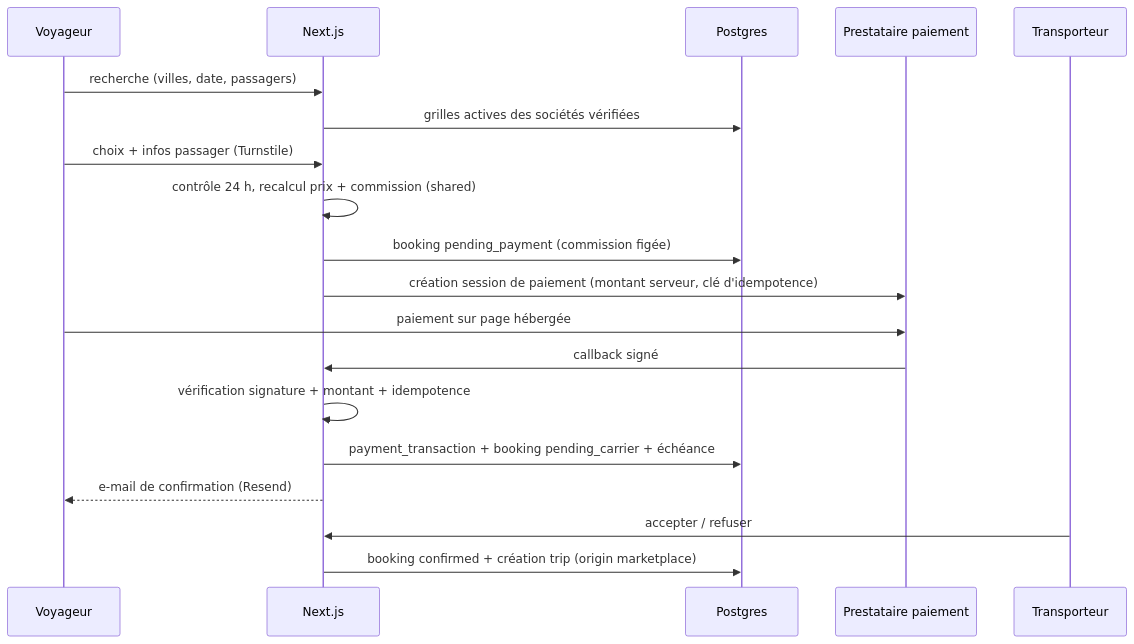
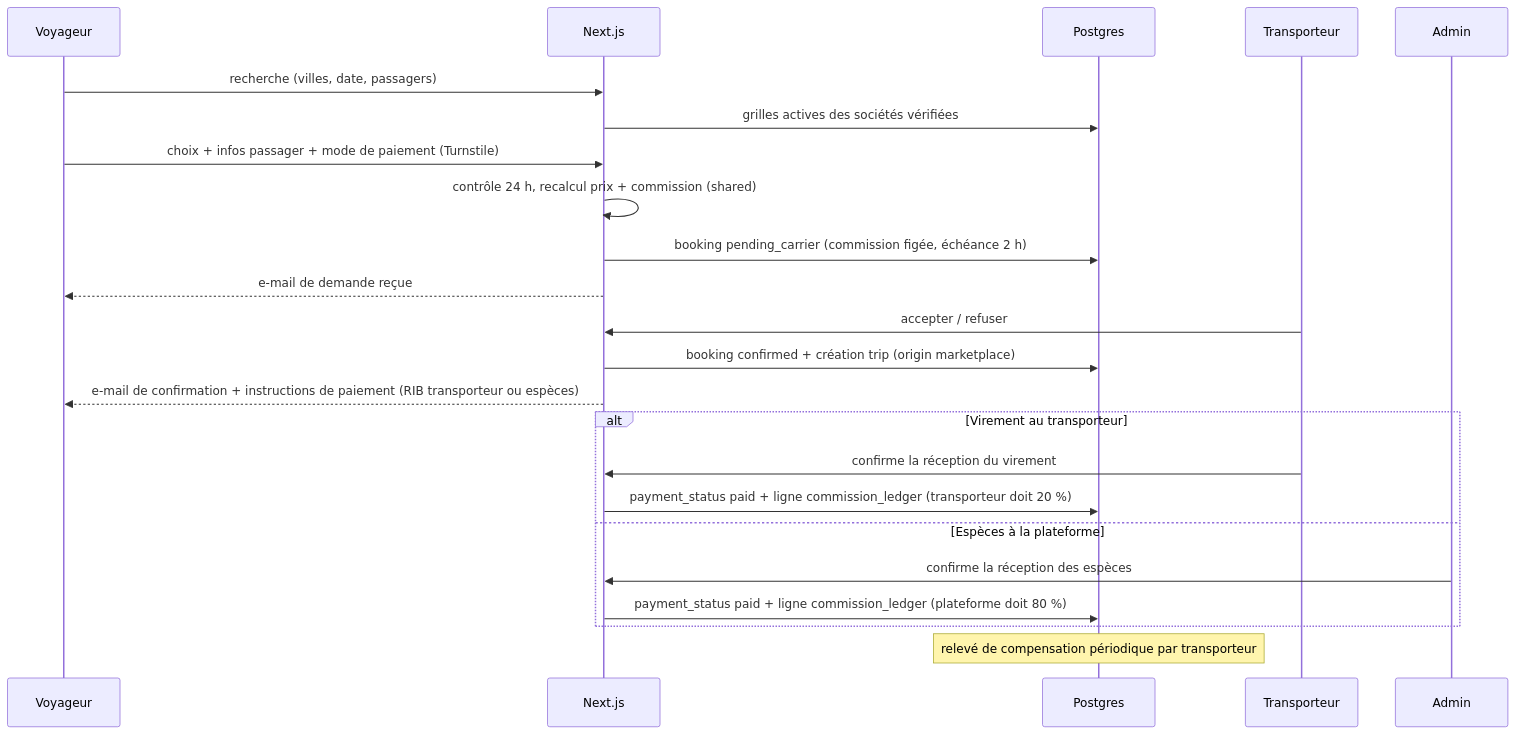
One commit to YBouamar/moroccotravelride2 changed the second of 2 diagrams in docs/ARCHITECTURE.md. Above: the diagram before and after it, drawn with Mermaid. The commit also changed other lines of this file and 50 other files, not shown here.

````diff
--- a/docs/ARCHITECTURE.md
+++ b/docs/ARCHITECTURE.md
@@ -66,21 +66,25 @@
 ```mermaid
 sequenceDiagram
   participant V as Voyageur
   participant W as Next.js
   participant DB as Postgres
-  participant P as Prestataire paiement
   participant C as Transporteur
+  participant AD as Admin
   V->>W: recherche (villes, date, passagers)
   W->>DB: grilles actives des sociétés vérifiées
-  V->>W: choix + infos passager (Turnstile)
+  V->>W: choix + infos passager + mode de paiement (Turnstile)
   W->>W: contrôle 24 h, recalcul prix + commission (shared)
-  W->>DB: booking pending_payment (commission figée)
-  W->>P: création session de paiement (montant serveur, clé d'idempotence)
-  V->>P: paiement sur page hébergée
-  P->>W: callback signé
-  W->>W: vérification signature + montant + idempotence
-  W->>DB: payment_transaction + booking pending_carrier + échéance
-  W-->>V: e-mail de confirmation (Resend)
+  W->>DB: booking pending_carrier (commission figée, échéance 2 h)
+  W-->>V: e-mail de demande reçue
   C->>W: accepter / refuser
   W->>DB: booking confirmed + création trip (origin marketplace)
+  W-->>V: e-mail de confirmation + instructions de paiement (RIB transporteur ou espèces)
+  alt Virement au transporteur
+    C->>W: confirme la réception du virement
+    W->>DB: payment_status paid + ligne commission_ledger (transporteur doit 20 %)
+  else Espèces à la plateforme
+    AD->>W: confirme la réception des espèces
+    W->>DB: payment_status paid + ligne commission_ledger (plateforme doit 80 %)
+  end
+  Note over DB: relevé de compensation périodique par transporteur
 ```
````
